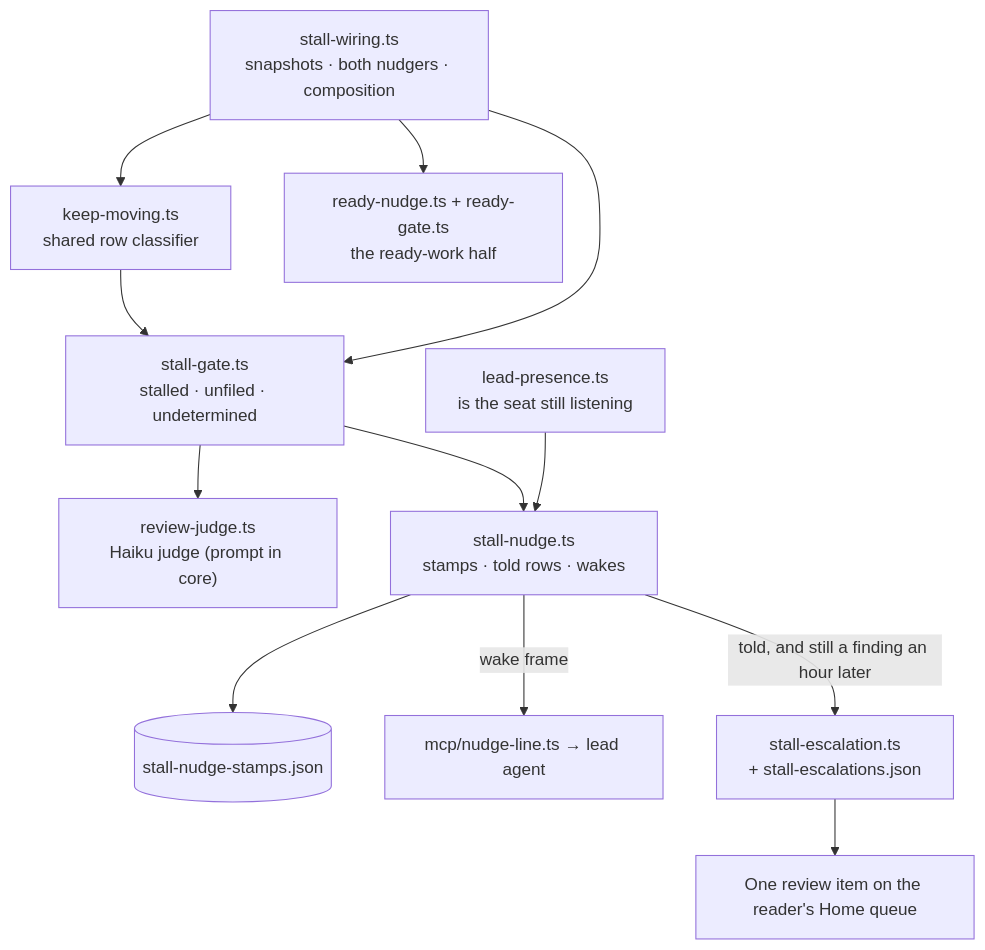
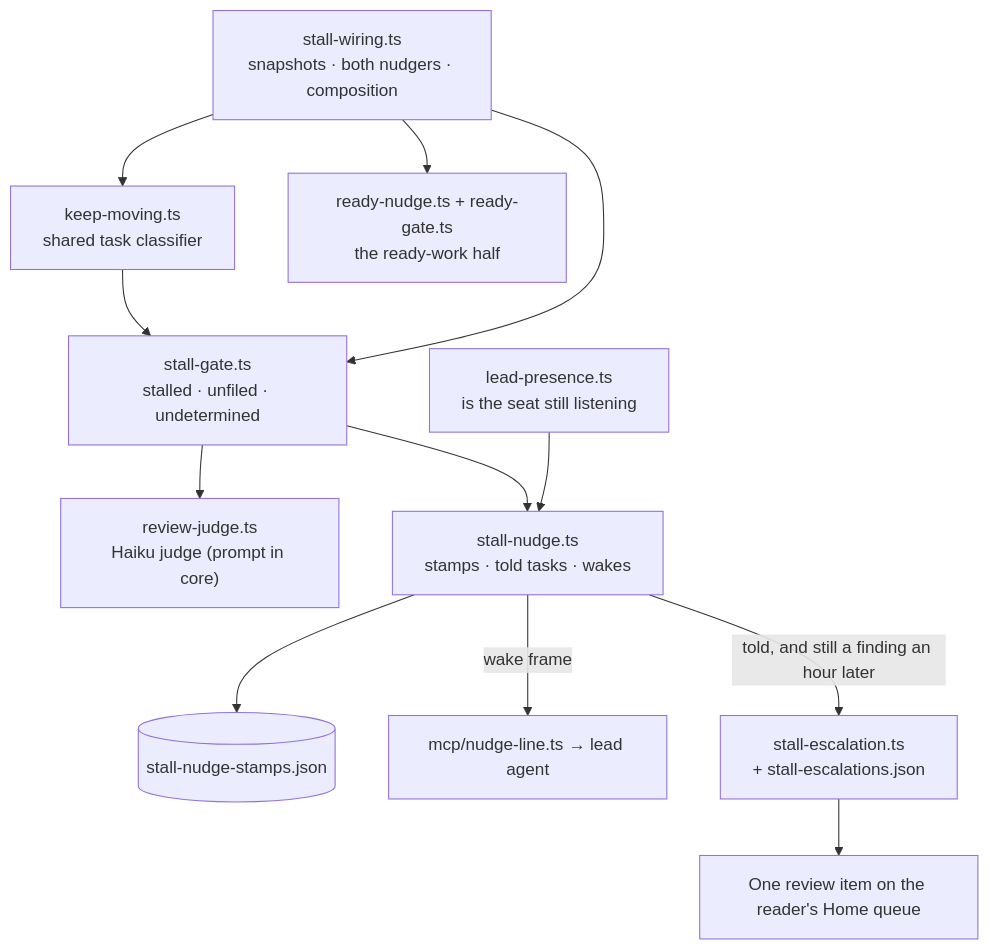
One commit to fryanpan/claude-workspaces-plugin changed the diagram in docs/architecture/stall-detection.md. Above: the diagram before and after it, drawn with Mermaid. The commit also changed other lines of this file and 20 other files, not shown here.

First line of the commit message:
Say task, not row: the board's own noun in every skill and rule

````diff
--- a/docs/architecture/stall-detection.md
+++ b/docs/architecture/stall-detection.md
@@ -21,15 +21,15 @@
 ```mermaid
 flowchart TB
   W["stall-wiring.ts<br/>snapshots · both nudgers · composition"]
-  W --> KM["keep-moving.ts<br/>shared row classifier"]
+  W --> KM["keep-moving.ts<br/>shared task classifier"]
   W --> RN["ready-nudge.ts + ready-gate.ts<br/>the ready-work half"]
   KM --> G["stall-gate.ts<br/>stalled · unfiled · undetermined"]
   W --> G
   G --> RJ["review-judge.ts<br/>Haiku judge (prompt in core)"]
-  G --> N["stall-nudge.ts<br/>stamps · told rows · wakes"]
+  G --> N["stall-nudge.ts<br/>stamps · told tasks · wakes"]
   LP["lead-presence.ts<br/>is the seat still listening"] --> N
   N --> ST[("stall-nudge-stamps.json")]
   N -->|wake frame| NL["mcp/nudge-line.ts → lead agent"]
   N -->|"told, and still a finding an hour later"| ESC["stall-escalation.ts<br/>+ stall-escalations.json"]
   ESC --> Q["One review item on the reader's Home queue"]
 ```
````
